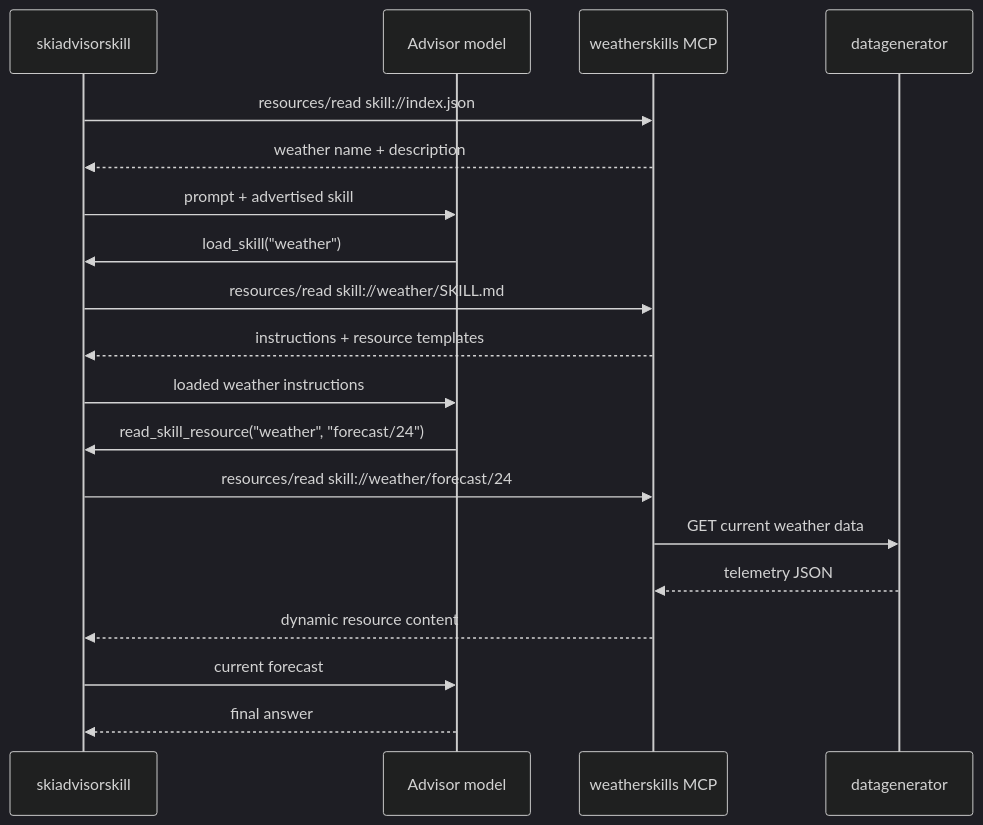
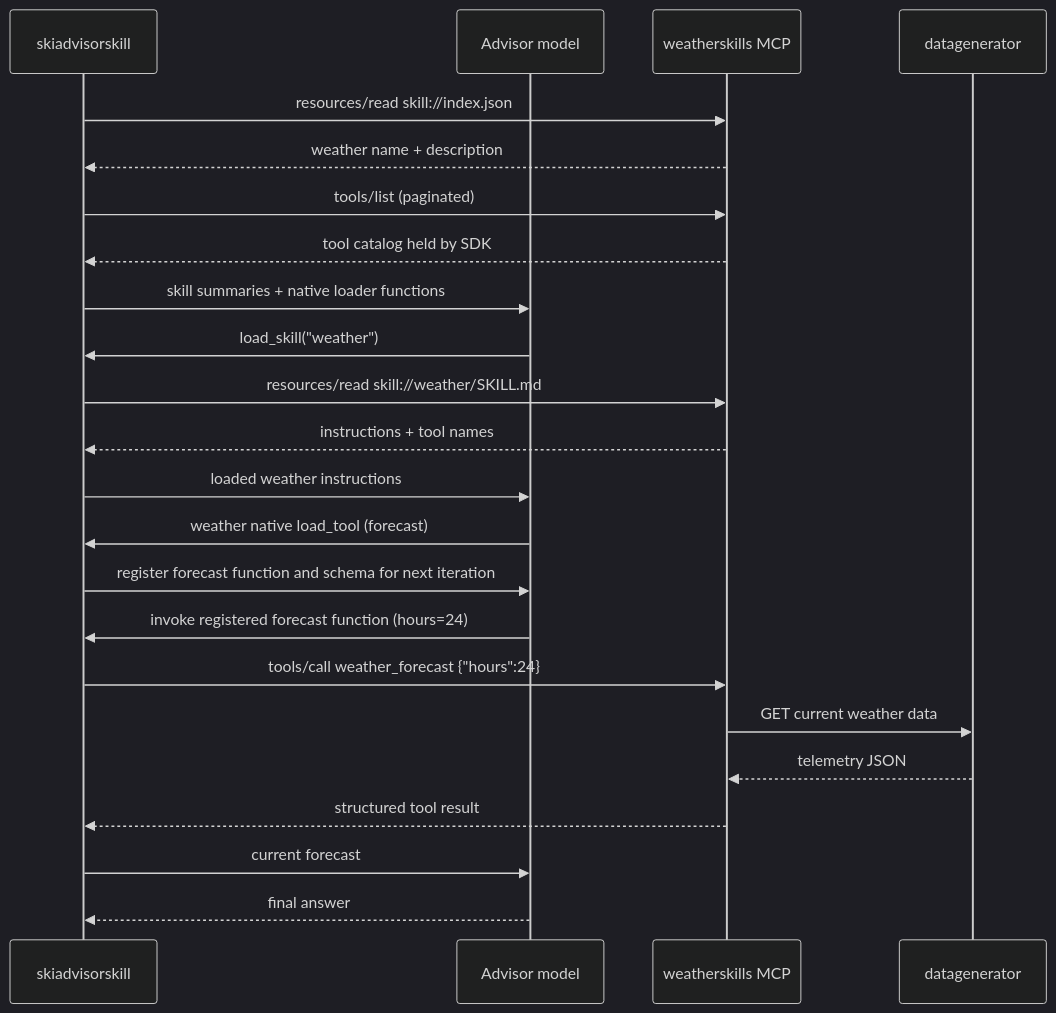
The second of 2 diagrams in ARCHITECTURE.md (tommasodotNET/ski-resort-demo), drawn with Mermaid (dark theme) before and after one commit. The commit also changed other lines of this file and 5 other files, not shown here.

First line of the commit message:
docs: explain native skill tools and publish measured comparison

````diff
--- a/ARCHITECTURE.md
+++ b/ARCHITECTURE.md
@@ -158,22 +139,26 @@
 ```mermaid
 sequenceDiagram
     participant O as skiadvisorskill
     participant L as Advisor model
     participant M as weatherskills MCP
     participant D as datagenerator
 
     O->>M: resources/read skill://index.json
     M-->>O: weather name + description
-    O->>L: prompt + advertised skill
+    O->>M: tools/list (paginated)
+    M-->>O: tool catalog held by SDK
+    O->>L: skill summaries + native loader functions
     L->>O: load_skill("weather")
     O->>M: resources/read skill://weather/SKILL.md
-    M-->>O: instructions + resource templates
+    M-->>O: instructions + tool names
     O->>L: loaded weather instructions
-    L->>O: read_skill_resource("weather", "forecast/24")
-    O->>M: resources/read skill://weather/forecast/24
+    L->>O: weather native load_tool (forecast)
+    O->>L: register forecast function and schema for next iteration
+    L->>O: invoke registered forecast function (hours=24)
+    O->>M: tools/call weather_forecast {"hours":24}
     M->>D: GET current weather data
     D-->>M: telemetry JSON
-    M-->>O: dynamic resource content
+    M-->>O: structured tool result
     O->>L: current forecast
     L-->>O: final answer
 ```
````
